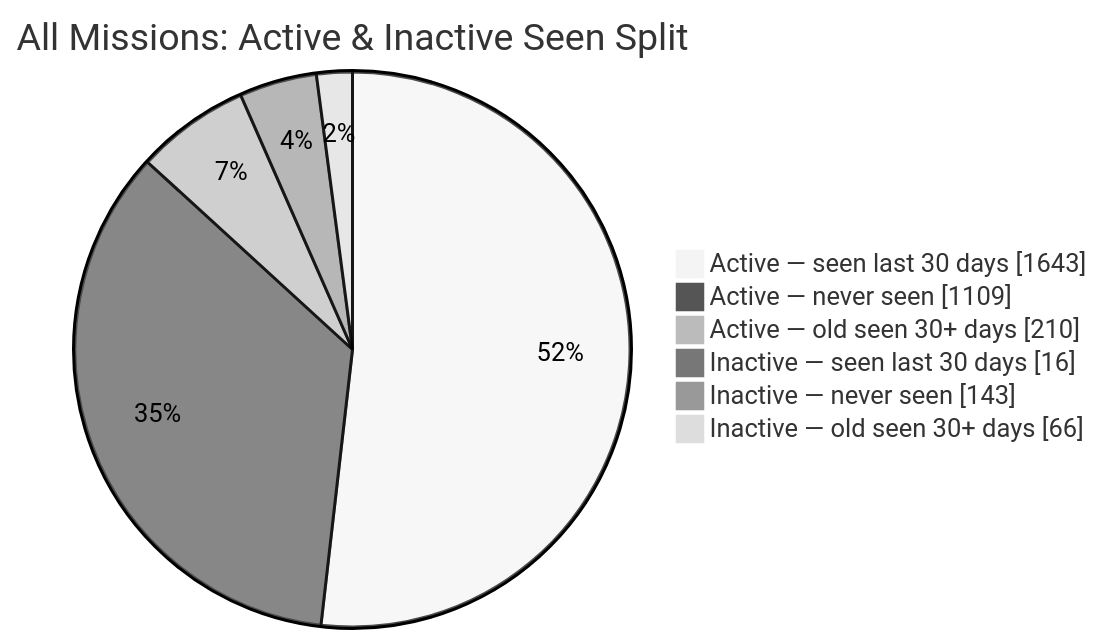
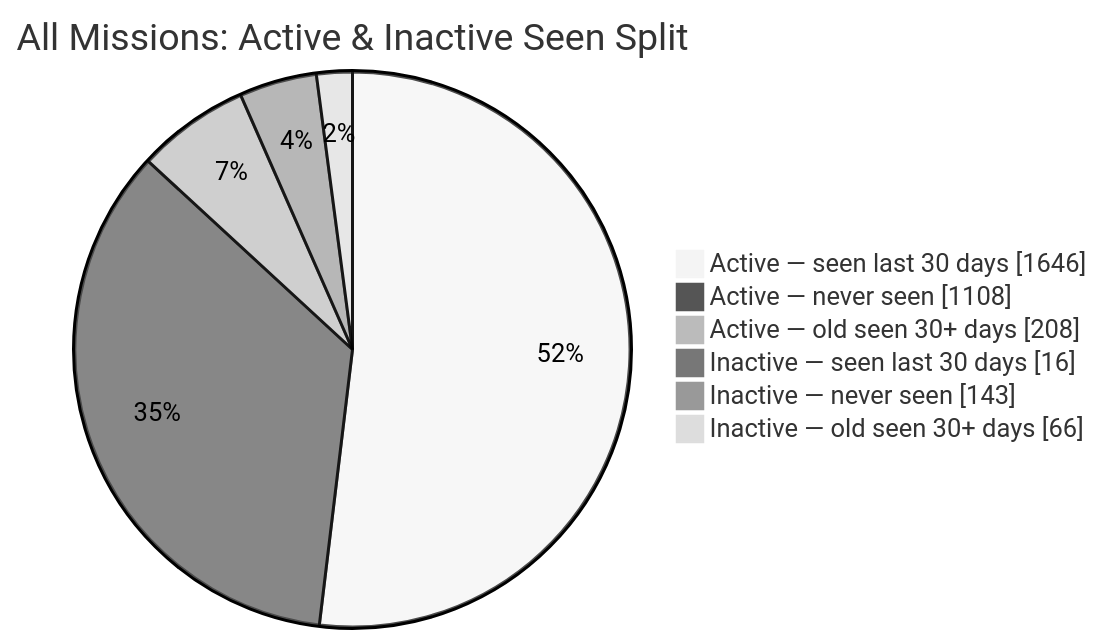
The second of 2 diagrams in README.md (MeldkamerspelGameTeam/active-missions), drawn with Mermaid (neutral theme) before and after one commit. The commit also changed other lines of this file and 4 other files, not shown here.

````diff
--- a/README.md
+++ b/README.md
@@ -44,10 +44,10 @@
 ```mermaid
 pie showData
     title All Missions: Active & Inactive Seen Split
-    "Active — seen last 30 days" : 1643
-    "Active — never seen" : 1109
-    "Active — old seen 30+ days" : 210
+    "Active — seen last 30 days" : 1646
+    "Active — never seen" : 1108
+    "Active — old seen 30+ days" : 208
     "Inactive — seen last 30 days" : 16
     "Inactive — never seen" : 143
     "Inactive — old seen 30+ days" : 66
 ```
````
